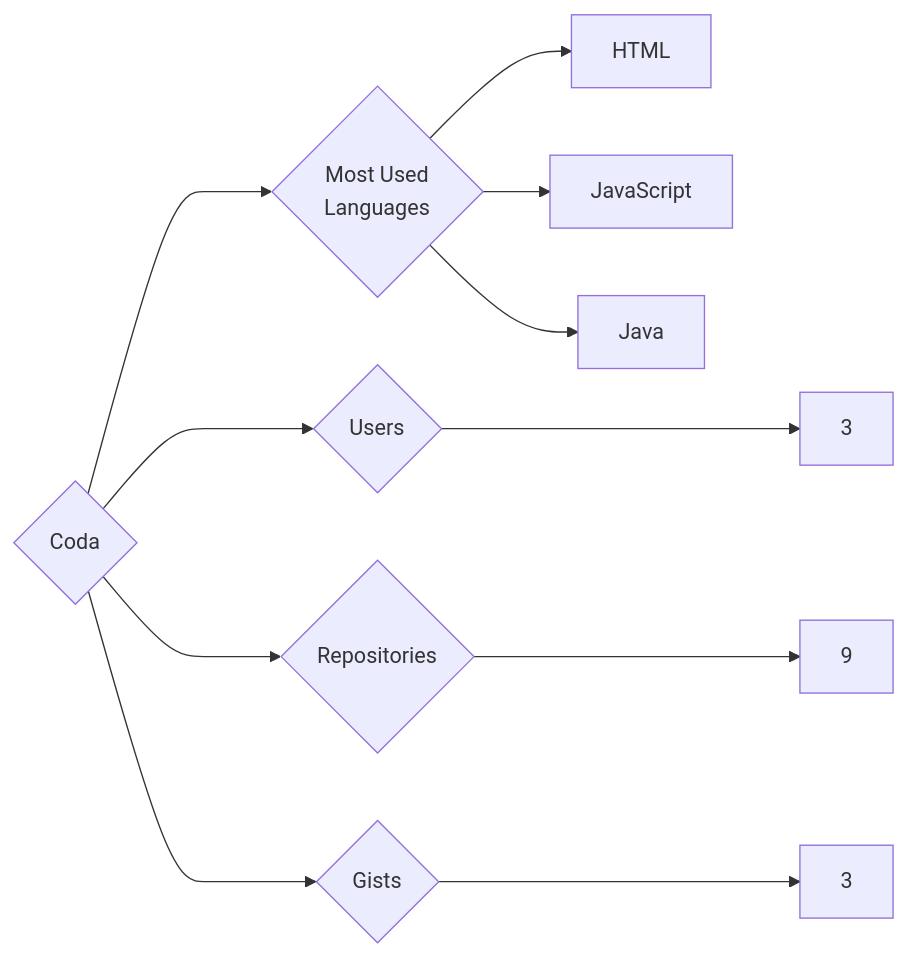
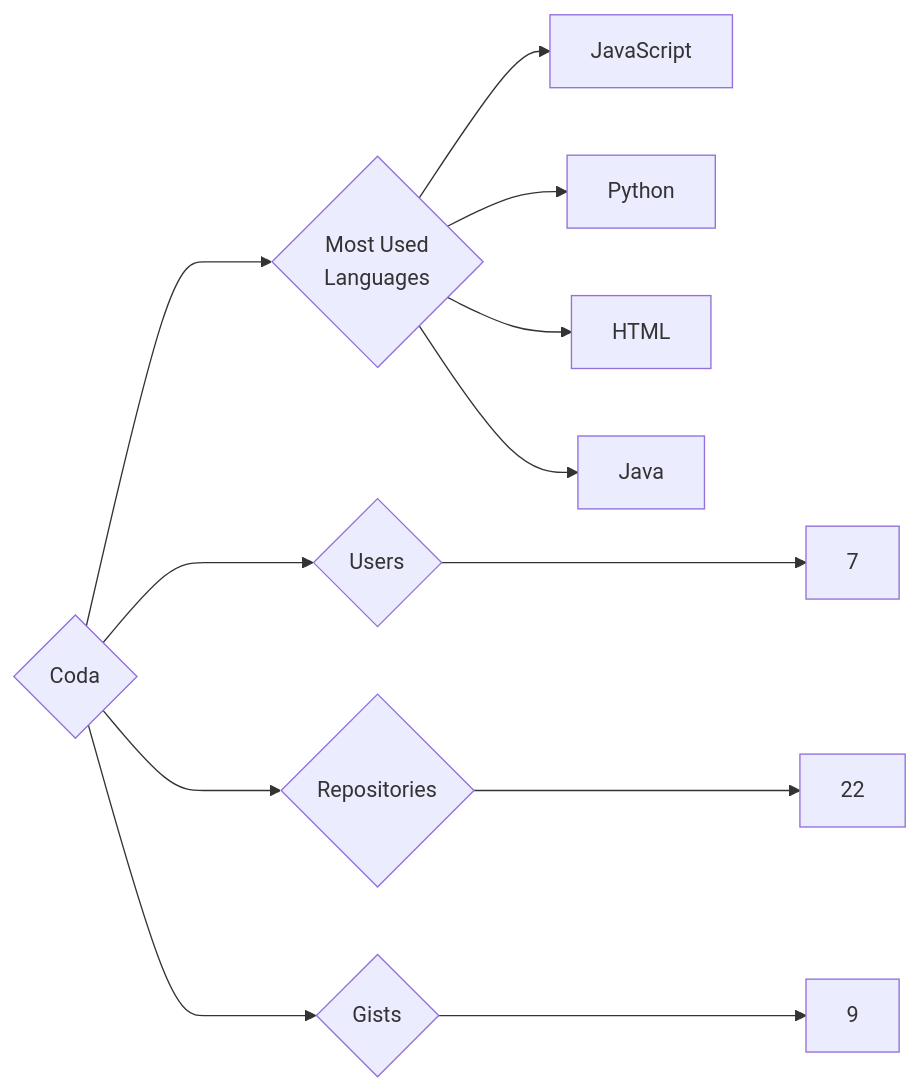
Before and after one commit to trickest/insiders: the diagram in targets/Coda/README.md, drawn with Mermaid. The commit also changed 865 other files, not shown here.

````diff
--- a/targets/Coda/README.md
+++ b/targets/Coda/README.md
@@ -3,11 +3,12 @@
 ```mermaid
 graph LR
 COMPANY_NAME{Coda}
-COMPANY_NAME ---> U{Users} ---> UN[3]
-COMPANY_NAME ---> R{Repositories} ---> RN[9]
-COMPANY_NAME ---> G{Gists} ---> GN[3]
+COMPANY_NAME ---> U{Users} ---> UN[7]
+COMPANY_NAME ---> R{Repositories} ---> RN[22]
+COMPANY_NAME ---> G{Gists} ---> GN[9]
 COMPANY_NAME ---> ML{Most Used<br>Languages}
+ML --> JavaScript[JavaScript]
+ML --> Python[Python]
 ML --> HTML[HTML]
-ML --> JavaScript[JavaScript]
 ML --> Java[Java]
 ```
````
